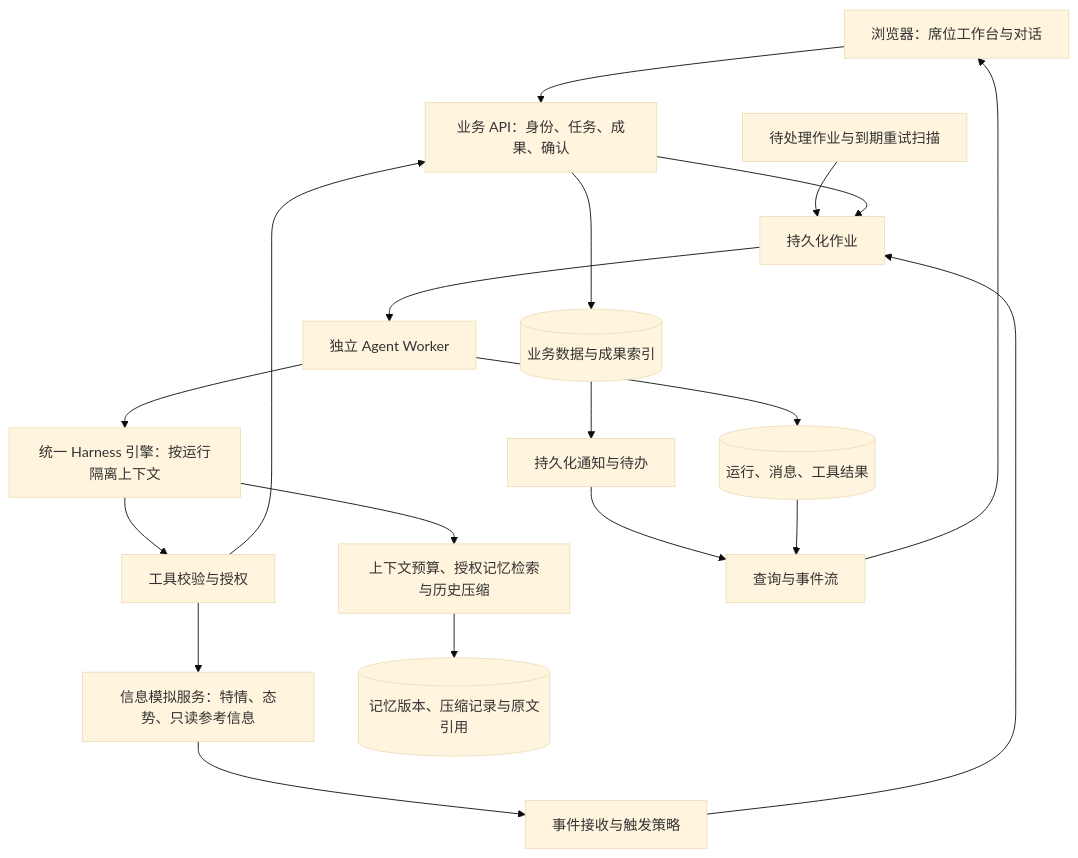
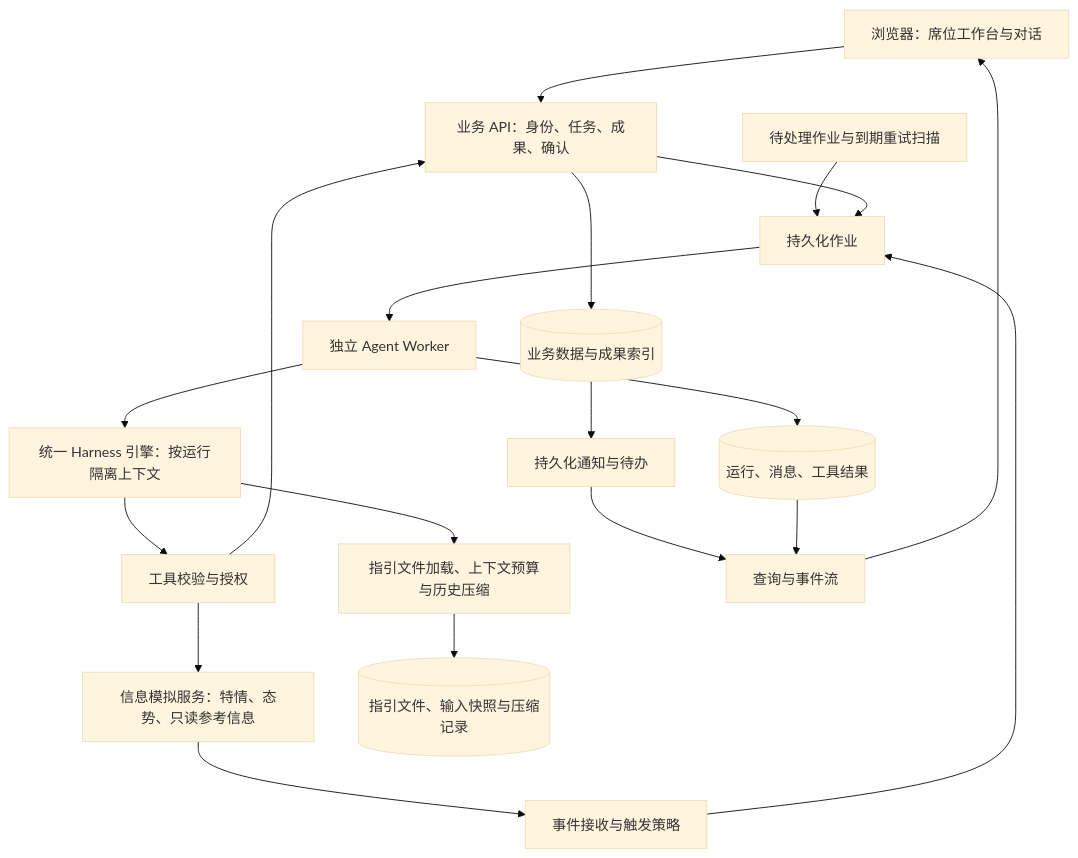
The diagram in docs/mvp/design.md (pulpcode/berserk), drawn with Mermaid (base theme) before and after one commit. The commit also changed other lines of this file and 122 other files, not shown here.

````diff
--- a/docs/mvp/design.md
+++ b/docs/mvp/design.md
@@ -9,21 +11,21 @@
 ```mermaid
 flowchart TD
     UI[浏览器：席位工作台与对话] --> API[业务 API：身份、任务、成果、确认]
     SIM[信息模拟服务：特情、态势、只读参考信息] --> IN[事件接收与触发策略]
     SCAN[待处理作业与到期重试扫描] --> JOB[持久化作业]
     API --> JOB
     IN --> JOB
     JOB --> WORKER[独立 Agent Worker]
     WORKER --> HARNESS[统一 Harness 引擎：按运行隔离上下文]
-    HARNESS --> CONTEXT[上下文预算、授权记忆检索与历史压缩]
-    CONTEXT --> MEMORY[(记忆版本、压缩记录与原文引用)]
+    HARNESS --> CONTEXT[指引文件加载、上下文预算与历史压缩]
+    CONTEXT --> MEMORY[(指引文件、输入快照与压缩记录)]
     HARNESS --> GATE[工具校验与授权]
     GATE --> API
     GATE --> SIM
     API --> DATA[(业务数据与成果索引)]
     WORKER --> RUN[(运行、消息、工具结果)]
     DATA --> NOTICE[持久化通知与待办]
     NOTICE --> STREAM[查询与事件流]
     RUN --> STREAM
     STREAM --> UI
 ```
````
